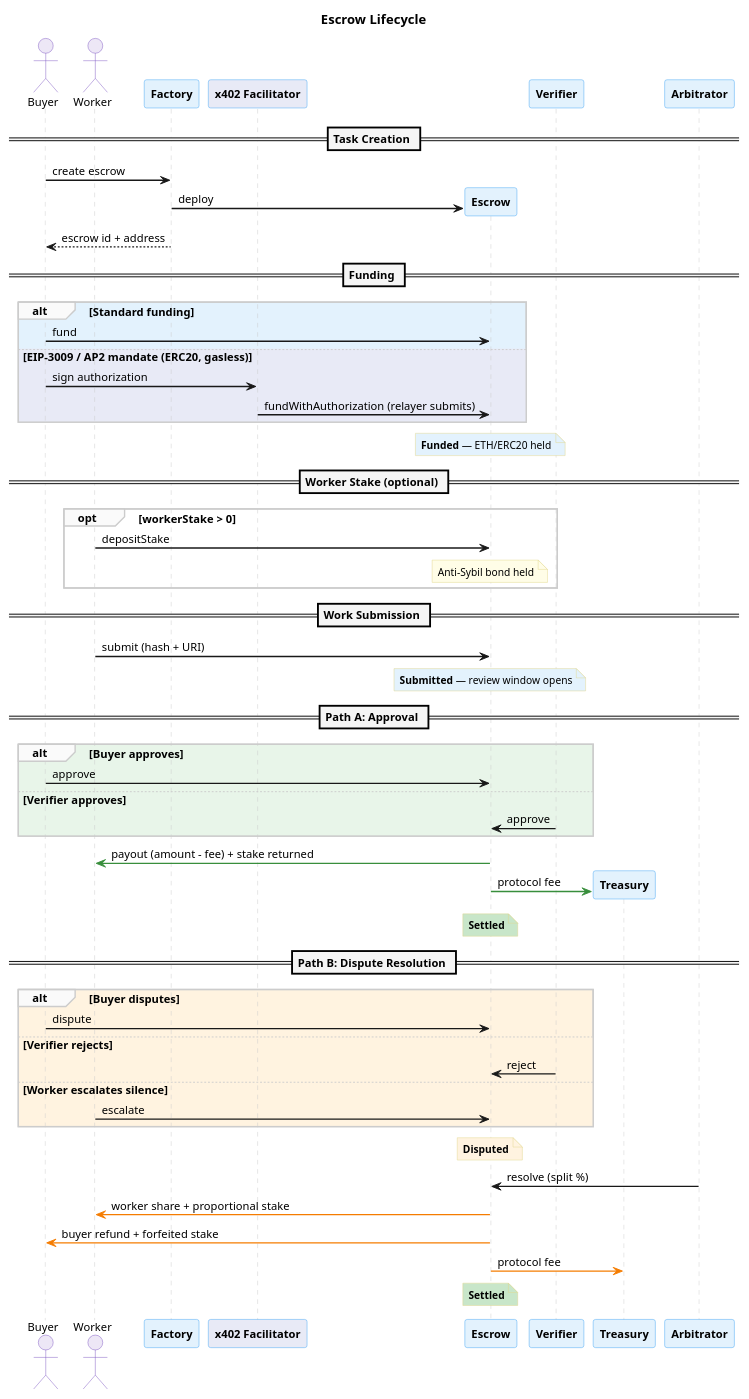
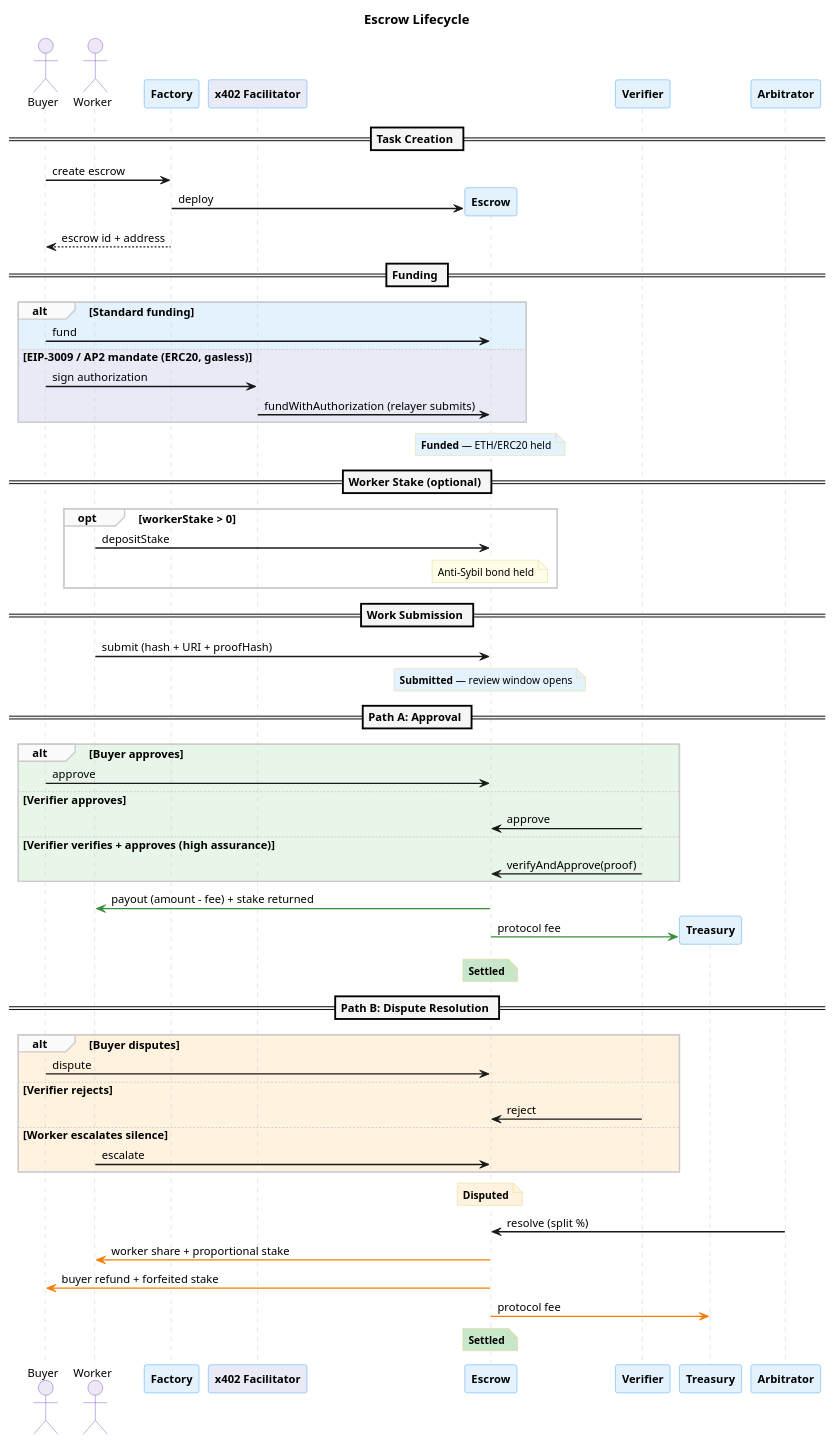
One commit to eddiefleurent/agent-escrow changed the first of 5 diagrams in docs/diagrams/lifecycle-sequence.puml. Above: the diagram before and after it, drawn with PlantUML. The commit also changed other lines of this file and 52 other files, not shown here.

```diff
--- a/docs/diagrams/lifecycle-sequence.puml
+++ b/docs/diagrams/lifecycle-sequence.puml
@@ -1,96 +1,98 @@
 @startuml lifecycle-sequence
 skinparam backgroundColor #FFFFFF
 skinparam defaultFontName "Helvetica"
 skinparam defaultFontSize 12
 skinparam shadowing false
 skinparam sequenceArrowThickness 1.5
 skinparam sequenceLifeLineBorderColor #CCCCCC
 skinparam sequenceDividerBackgroundColor #F5F5F5
 skinparam sequenceDividerFontStyle bold
 skinparam sequenceGroupBackgroundColor #FAFAFA
 skinparam sequenceGroupBorderColor #CCCCCC
 
 skinparam participant {
   BorderColor #42A5F5
   BackgroundColor #E3F2FD
   FontStyle bold
 }
 
 skinparam actor {
   BorderColor #7E57C2
   BackgroundColor #EDE7F6
 }
 
 skinparam note {
   BackgroundColor #FFFDE7
   BorderColor #E0D68A
   FontSize 11
 }
 
 title Escrow Lifecycle
 
 actor "Buyer" as buyer
 actor "Worker" as worker
 participant "Factory" as factory
 participant "x402 Facilitator" as facilitator #E8EAF6
 
 == Task Creation ==
 
 buyer -> factory : create escrow
 factory -> "Escrow" as escrow ** : deploy
 factory --> buyer : escrow id + address
 
 == Funding ==
 
 alt #E3F2FD Standard funding
   buyer -> escrow : fund
 else #E8EAF6 EIP-3009 / AP2 mandate (ERC20, gasless)
   buyer -> facilitator : sign authorization
   facilitator -> escrow : fundWithAuthorization (relayer submits)
 end
 note over escrow #E3F2FD : **Funded** — ETH/ERC20 held
 
 == Worker Stake (optional) ==
 
 opt workerStake > 0
   worker -> escrow : depositStake
   note over escrow #FFFDE7 : Anti-Sybil bond held
 end
 
 == Work Submission ==
 
-worker -> escrow : submit (hash + URI)
+worker -> escrow : submit (hash + URI + proofHash)
 note over escrow #E3F2FD : **Submitted** — review window opens
 
 == Path A: Approval ==
 
 alt #E8F5E9 Buyer approves
   buyer -> escrow : approve
 else #E8F5E9 Verifier approves
   "Verifier" as verifier -> escrow : approve
+else #E8F5E9 Verifier verifies + approves (high assurance)
+  "Verifier" as verifier -> escrow : verifyAndApprove(proof)
 end
 
 escrow -[#388E3C]> worker : payout (amount - fee) + stake returned
 escrow -[#388E3C]> "Treasury" as treasury ** #E8F5E9 : protocol fee
 note over escrow #C8E6C9 : **Settled**
 
 == Path B: Dispute Resolution ==
 
 alt #FFF3E0 Buyer disputes
   buyer -> escrow : dispute
 else #FFF3E0 Verifier rejects
   verifier -> escrow : reject
 else #FFF3E0 Worker escalates silence
   worker -> escrow : escalate
 end
 
 note over escrow #FFF3E0 : **Disputed**
 
 "Arbitrator" as arbitrator -> escrow : resolve (split %)
 
 escrow -[#F57C00]> worker : worker share + proportional stake
 escrow -[#F57C00]> buyer : buyer refund + forfeited stake
 escrow -[#F57C00]> treasury : protocol fee
 note over escrow #C8E6C9 : **Settled**
 
 @enduml
```
